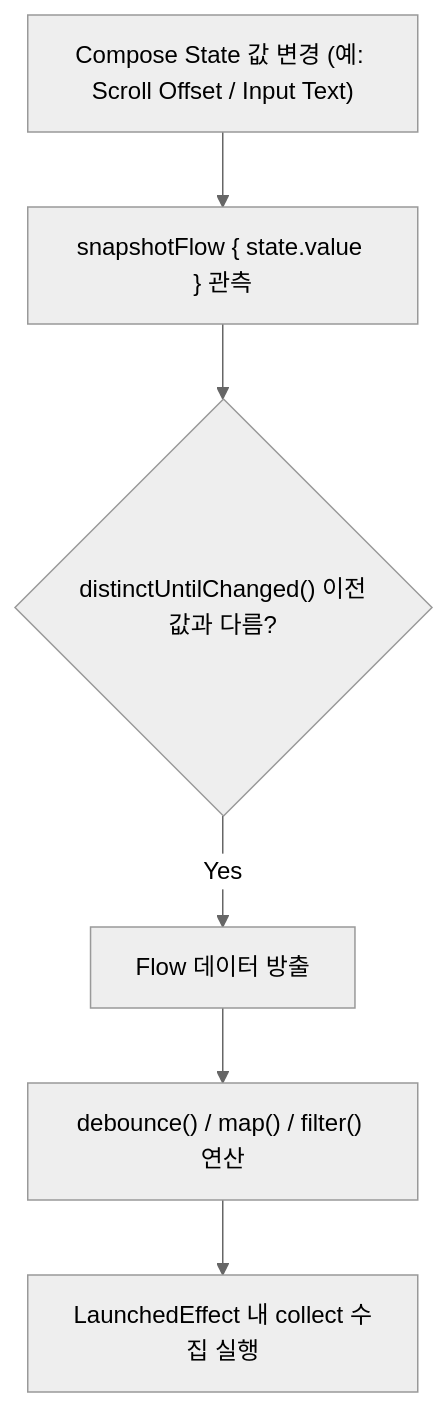
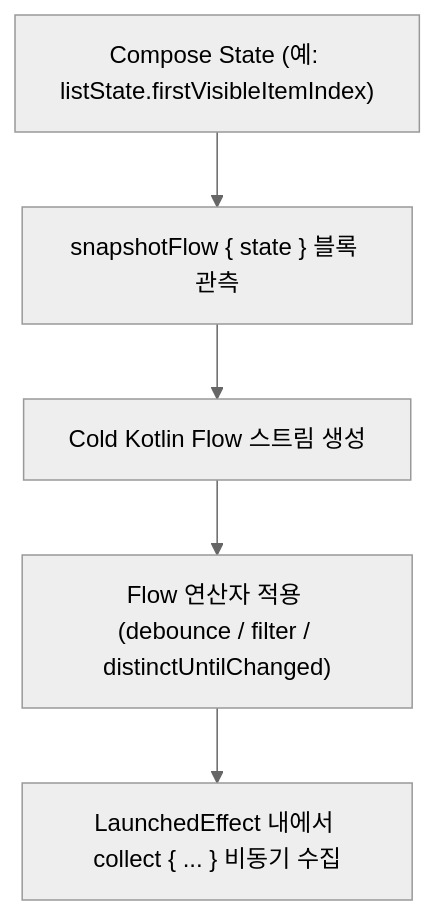
Before and after one commit to youngmin-gwon/what-i-studied: the diagram in 01_inbox/mobile/android/02_app_framework/jetpack-compose/state-and-lifecycle/compose-state-and-effect-contracts/snapshot-flow.md, drawn with Mermaid (neutral theme). The commit also changed other lines of this file and 1 other file, not shown here.

````diff
--- a/01_inbox/mobile/android/02_app_framework/jetpack-compose/state-and-lifecycle/compose-state-and-effect-contracts/snapshot-flow.md
+++ b/01_inbox/mobile/android/02_app_framework/jetpack-compose/state-and-lifecycle/compose-state-and-effect-contracts/snapshot-flow.md
@@ -24,8 +39,7 @@
 ```mermaid
 graph TD
-    StateChange["Compose State<T> 값 변경 (예: Scroll Offset / Input Text)"] --> SnapshotRead["snapshotFlow { state.value } 관측"]
-    SnapshotRead --> DistinctCheck{"distinctUntilChanged() 이전값과 다름?"}
-    DistinctCheck -->|"Yes"| FlowEmit["Flow 데이터 방출"]
-    FlowEmit --> FlowOps["debounce() / map() / filter() 연산"]
-    FlowOps --> CollectBlock["LaunchedEffect 내 collect 수집 실행"]
+    ComposeState["Compose State<T> (예: listState.firstVisibleItemIndex)"] --> SnapshotBlock["snapshotFlow { state } 블록 관측"]
+    SnapshotBlock --> FlowStream["Cold Kotlin Flow<T> 스트림 생성"]
+    FlowStream --> FlowOperators["Flow 연산자 적용 (debounce / filter / distinctUntilChanged)"]
+    FlowOperators --> CollectEffect["LaunchedEffect 내에서 collect { ... } 비동기 수집"]
 ```
````
